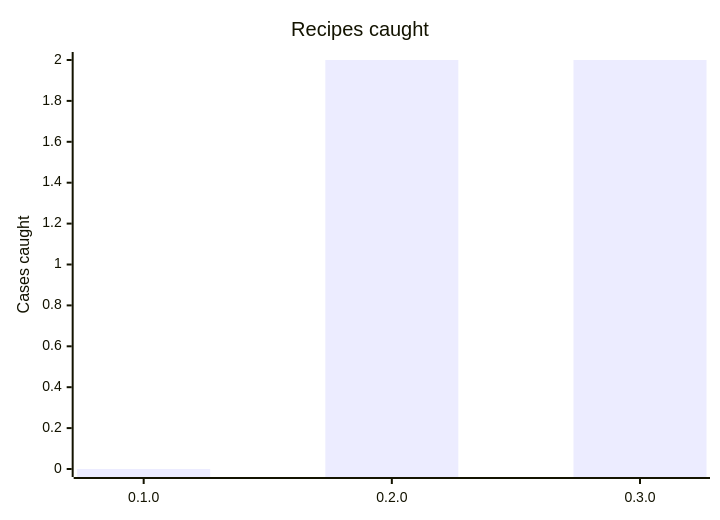
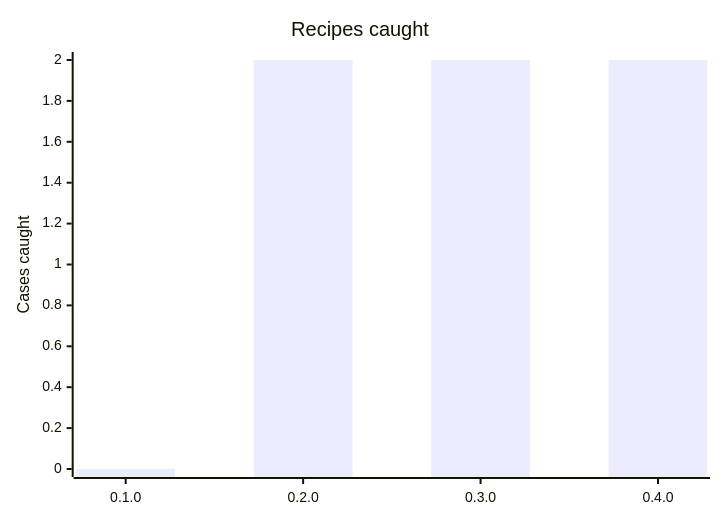
The first of 3 diagrams in BENCHMARK.md (raframil/uninvent), drawn with Mermaid before and after one commit. The commit also changed other lines of this file and 87 other files, not shown here.

````diff
--- a/BENCHMARK.md
+++ b/BENCHMARK.md
@@ -45,7 +48,7 @@
 ```mermaid
 xychart-beta
     title "Recipes caught"
-    x-axis ["0.1.0", "0.2.0", "0.3.0"]
+    x-axis ["0.1.0", "0.2.0", "0.3.0", "0.4.0"]
     y-axis "Cases caught" 0 --> 2
-    bar [0, 2, 2]
+    bar [0, 2, 2, 2]
 ```
````
